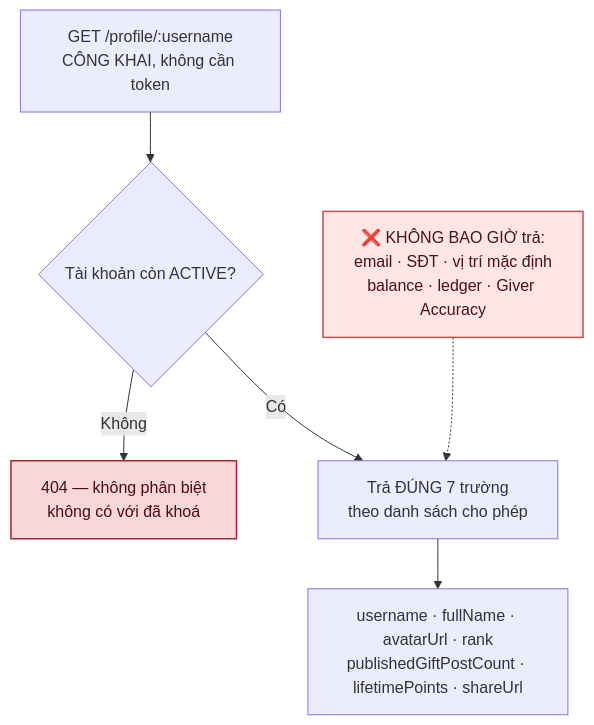
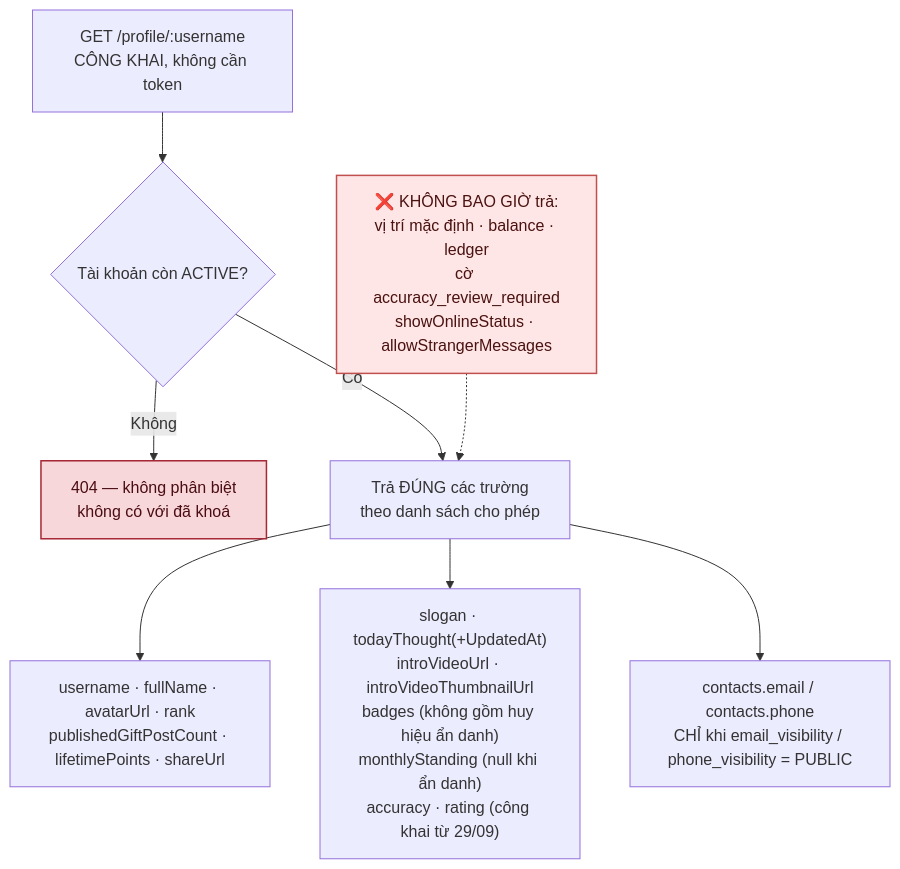
The fifth of 6 diagrams in docs/diagram/02-profile.md (fdshn/trueheart), drawn with Mermaid before and after one commit. The commit also changed other lines of this file and 49 other files, not shown here.

First line of the commit message:
docs: đối chiếu toàn bộ tài liệu sống với code, sinh danh sách route tự động

````diff
--- a/docs/diagram/02-profile.md
+++ b/docs/diagram/02-profile.md
@@ -203,13 +203,15 @@
 ```mermaid
 flowchart TD
     A["GET /profile/:username<br/>CÔNG KHAI, không cần token"] --> B{Tài khoản còn ACTIVE?}
     B -->|Không| C[404 — không phân biệt<br/>không có với đã khoá]
-    B -->|Có| D["Trả ĐÚNG 7 trường<br/>theo danh sách cho phép"]
+    B -->|Có| D["Trả ĐÚNG các trường<br/>theo danh sách cho phép"]
 
     D --> E["username · fullName · avatarUrl · rank<br/>publishedGiftPostCount · lifetimePoints · shareUrl"]
+    D --> E2["slogan · todayThought(+UpdatedAt)<br/>introVideoUrl · introVideoThumbnailUrl<br/>badges (không gồm huy hiệu ẩn danh)<br/>monthlyStanding (null khi ẩn danh)<br/>accuracy · rating (công khai từ 29/09)"]
+    D --> E3["contacts.email / contacts.phone<br/>CHỈ khi email_visibility / phone_visibility = PUBLIC"]
 
-    F["❌ KHÔNG BAO GIỜ trả:<br/>email · SĐT · vị trí mặc định<br/>balance · ledger · Giver Accuracy"] -.-> D
+    F["❌ KHÔNG BAO GIỜ trả:<br/>vị trí mặc định · balance · ledger<br/>cờ accuracy_review_required<br/>showOnlineStatus · allowStrangerMessages"] -.-> D
 
     style C fill:#f8d7da,stroke:#a52834,stroke-width:1.5px,color:#4a0d13
     style F fill:#ffe6e6,stroke:#c0504d,stroke-width:1.5px,color:#4a1210
 ```
````
